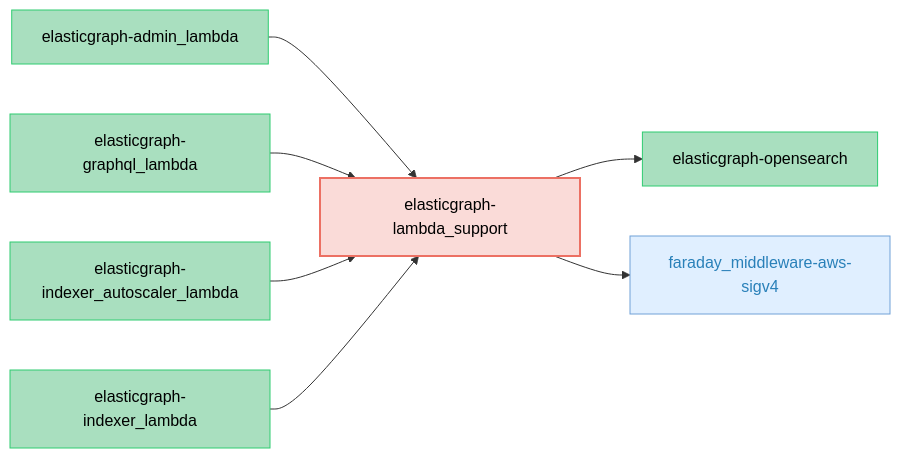
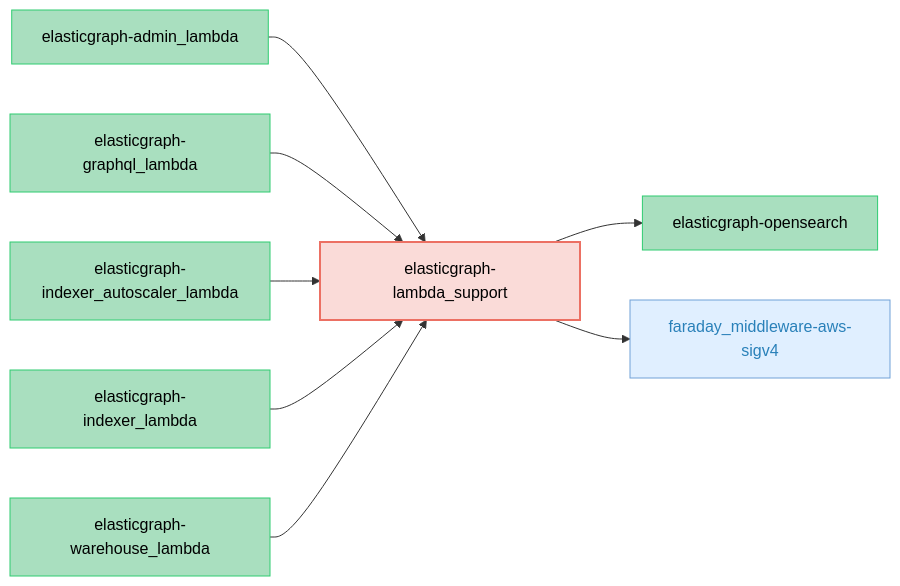
The diagram in elasticgraph-lambda_support/README.md (ciaran51/elasticgraph), drawn with Mermaid before and after one commit. The commit also changed 16 other files, not shown here.

First line of the commit message:
Add elasticgraph-warehouse_lambda

````diff
--- a/elasticgraph-lambda_support/README.md
+++ b/elasticgraph-lambda_support/README.md
@@ -12,27 +12,30 @@
 ```mermaid
 graph LR;
     classDef targetGemStyle fill:#FADBD8,stroke:#EC7063,color:#000,stroke-width:2px;
     classDef otherEgGemStyle fill:#A9DFBF,stroke:#2ECC71,color:#000;
     classDef externalGemStyle fill:#E0EFFF,stroke:#70A1D7,color:#2980B9;
     elasticgraph-lambda_support["elasticgraph-lambda_support"];
     class elasticgraph-lambda_support targetGemStyle;
     elasticgraph-opensearch["elasticgraph-opensearch"];
     elasticgraph-lambda_support --> elasticgraph-opensearch;
     class elasticgraph-opensearch otherEgGemStyle;
     faraday_middleware-aws-sigv4["faraday_middleware-aws-sigv4"];
     elasticgraph-lambda_support --> faraday_middleware-aws-sigv4;
     class faraday_middleware-aws-sigv4 externalGemStyle;
     elasticgraph-admin_lambda["elasticgraph-admin_lambda"];
     elasticgraph-admin_lambda --> elasticgraph-lambda_support;
     class elasticgraph-admin_lambda otherEgGemStyle;
     elasticgraph-graphql_lambda["elasticgraph-graphql_lambda"];
     elasticgraph-graphql_lambda --> elasticgraph-lambda_support;
     class elasticgraph-graphql_lambda otherEgGemStyle;
     elasticgraph-indexer_autoscaler_lambda["elasticgraph-indexer_autoscaler_lambda"];
     elasticgraph-indexer_autoscaler_lambda --> elasticgraph-lambda_support;
     class elasticgraph-indexer_autoscaler_lambda otherEgGemStyle;
     elasticgraph-indexer_lambda["elasticgraph-indexer_lambda"];
     elasticgraph-indexer_lambda --> elasticgraph-lambda_support;
     class elasticgraph-indexer_lambda otherEgGemStyle;
+    elasticgraph-warehouse_lambda["elasticgraph-warehouse_lambda"];
+    elasticgraph-warehouse_lambda --> elasticgraph-lambda_support;
+    class elasticgraph-warehouse_lambda otherEgGemStyle;
     click faraday_middleware-aws-sigv4 href "https://rubygems.org/gems/faraday_middleware-aws-sigv4" "Open on RubyGems.org" _blank;
 ```
````
